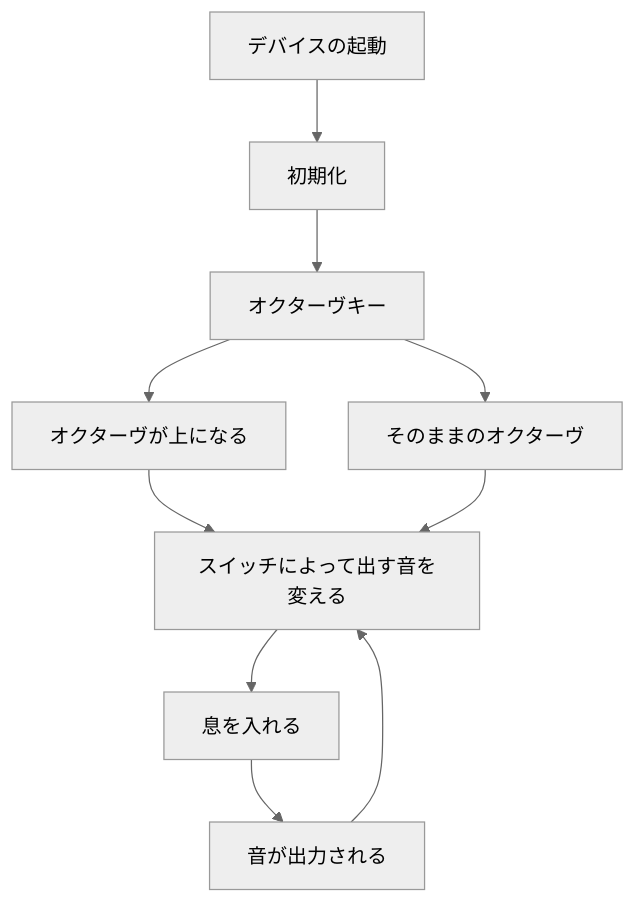
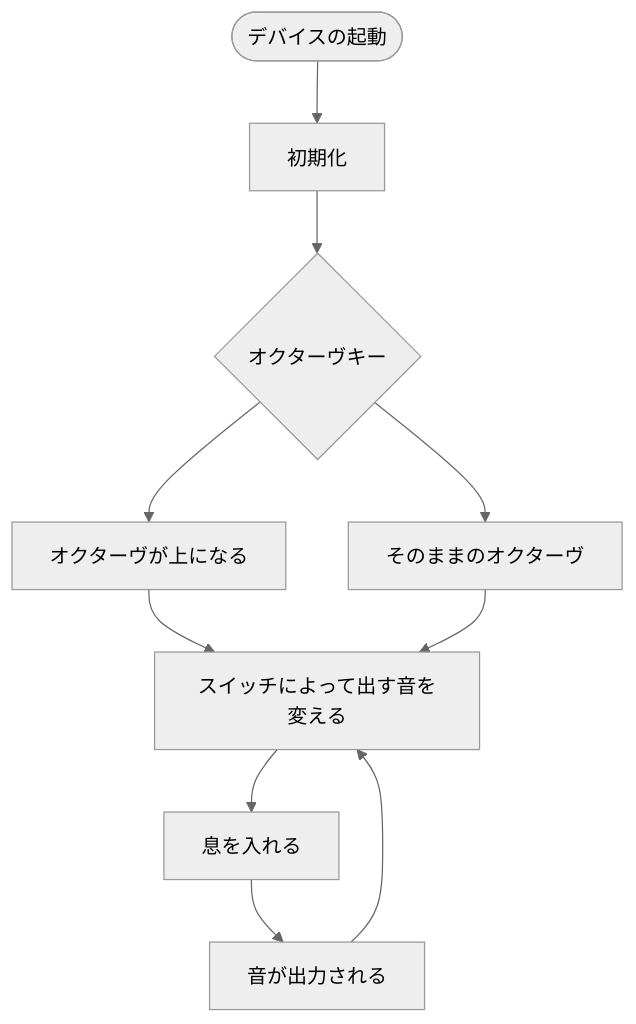
The diagram in readme.md (kudou917/musical_instrument), drawn with Mermaid (neutral theme) before and after one commit.

Commit message:
フローチャート

````diff
--- a/readme.md
+++ b/readme.md
@@ -7,12 +7,12 @@
 ```mermaid
-graph TD;
-    デバイスの起動-->初期化;
-    初期化-->オクターヴキー;
+flowchart TD;
+    a([デバイスの起動])-->初期化;
+    初期化-->id1{オクターヴキー};
     息を入れる-->音が出力される;
     音が出力される-->スイッチによって出す音を変える;
     スイッチによって出す音を変える-->息を入れる;
-    オクターヴキー-->オクターヴが上になる;
-    オクターヴキー-->そのままのオクターヴ
+    id1{オクターヴキー}-->オクターヴが上になる;
+    id1{オクターヴキー}-->そのままのオクターヴ
     オクターヴが上になる-->スイッチによって出す音を変える;
     そのままのオクターヴ-->スイッチによって出す音を変える;
 ```
````
